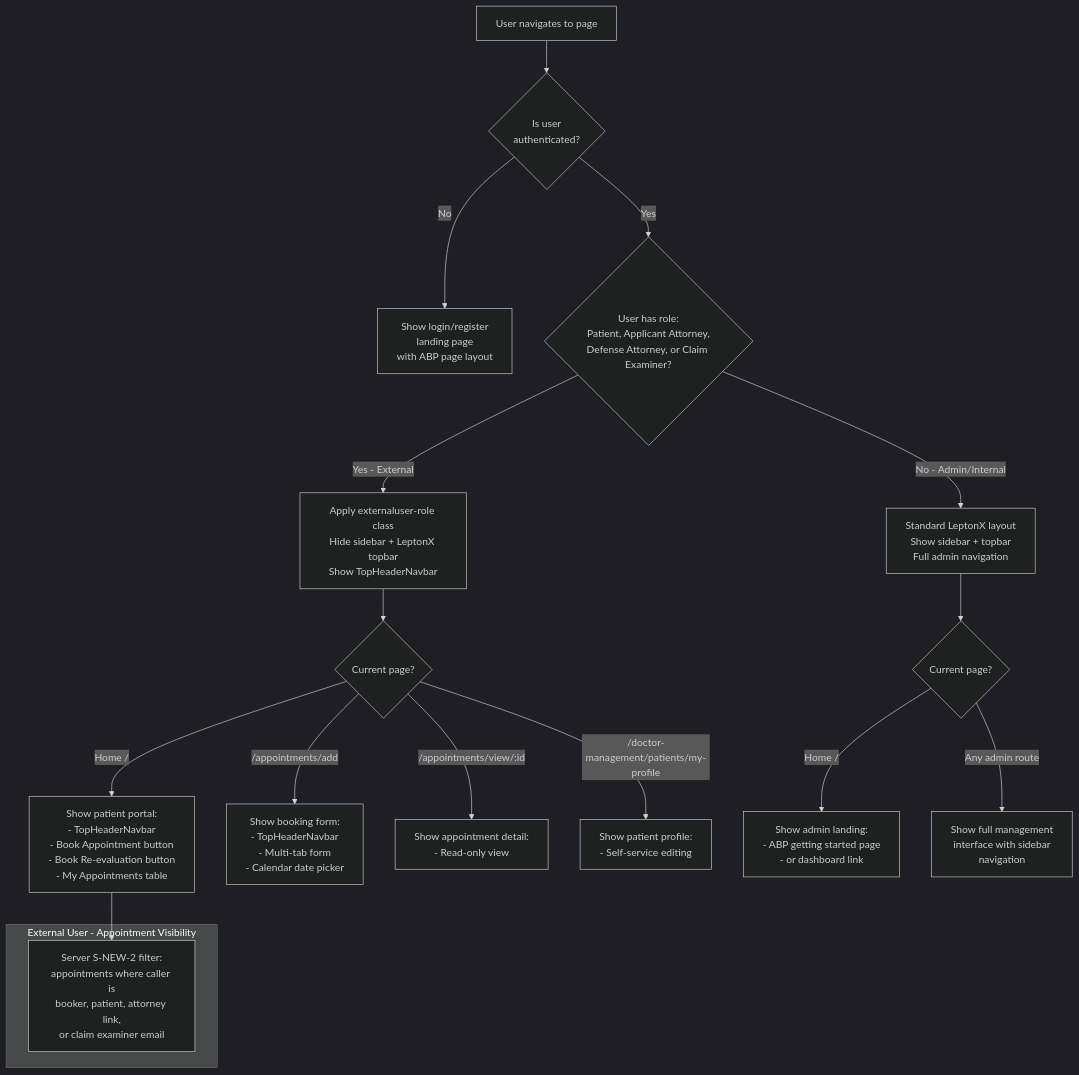
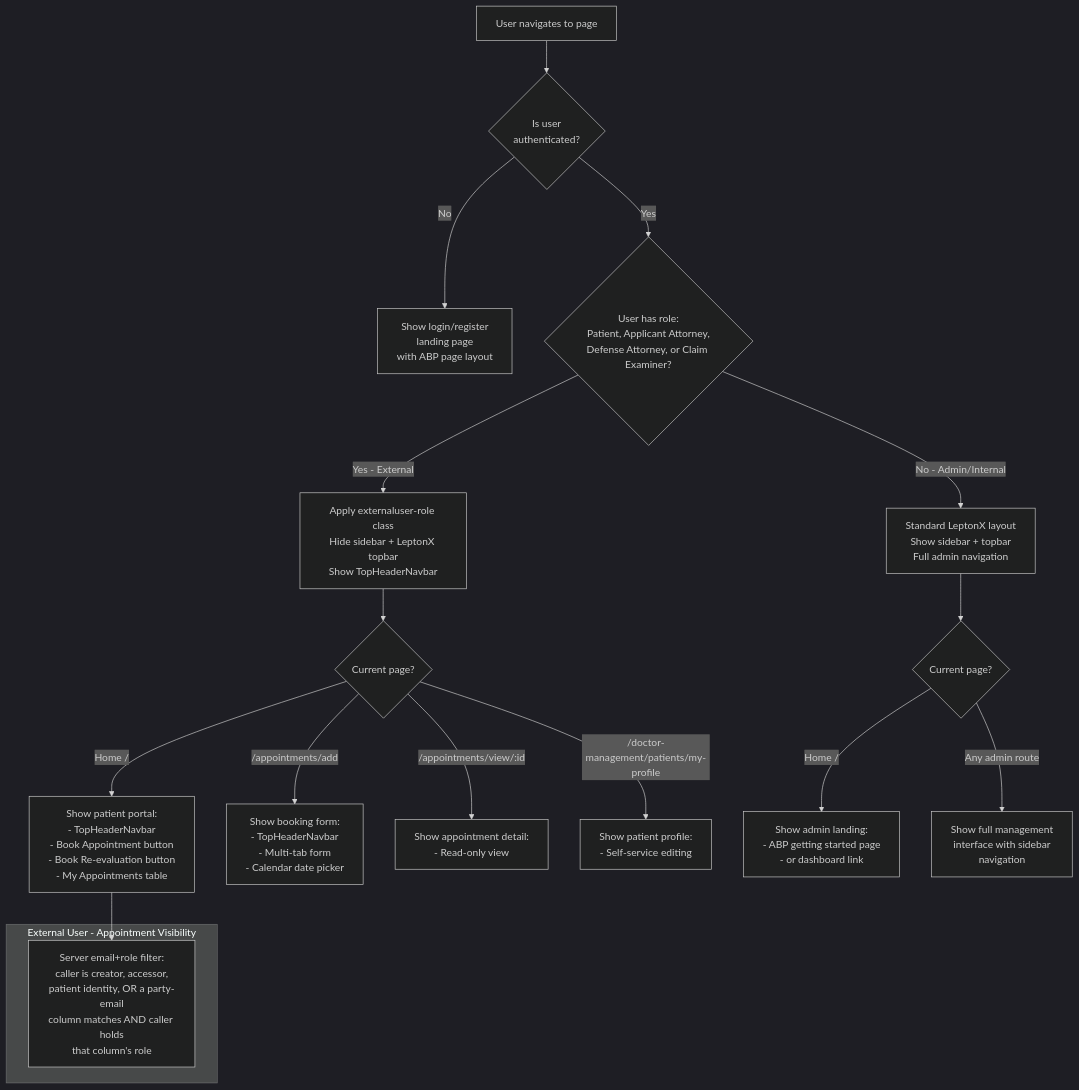
One commit to gesco-healthcare-support/hcs-patient-portal changed the diagram in docs/frontend/ROLE-BASED-UI.md. Above: the diagram before and after it, drawn with Mermaid (dark theme). The commit also changed other lines of this file and 27 other files, not shown here.

````diff
--- a/docs/frontend/ROLE-BASED-UI.md
+++ b/docs/frontend/ROLE-BASED-UI.md
@@ -138,24 +138,24 @@
 ```mermaid
 flowchart TD
     START[User navigates to page] --> AUTH{Is user<br/>authenticated?}
     AUTH -->|No| UNAUTH[Show login/register<br/>landing page<br/>with ABP page layout]
     AUTH -->|Yes| ROLE{User has role:<br/>Patient, Applicant Attorney,<br/>Defense Attorney, or Claim Examiner?}
     ROLE -->|Yes - External| EXT_SETUP[Apply externaluser-role class<br/>Hide sidebar + LeptonX topbar<br/>Show TopHeaderNavbar]
     ROLE -->|No - Admin/Internal| ADMIN_SETUP[Standard LeptonX layout<br/>Show sidebar + topbar<br/>Full admin navigation]
 
     EXT_SETUP --> EXT_HOME{Current page?}
     EXT_HOME -->|Home /| EXT_HOME_PAGE[Show patient portal:<br/>- TopHeaderNavbar<br/>- Book Appointment button<br/>- Book Re-evaluation button<br/>- My Appointments table]
     EXT_HOME -->|/appointments/add| EXT_BOOK[Show booking form:<br/>- TopHeaderNavbar<br/>- Multi-tab form<br/>- Calendar date picker]
     EXT_HOME -->|/appointments/view/:id| EXT_VIEW[Show appointment detail:<br/>- Read-only view]
     EXT_HOME -->|/doctor-management/patients/my-profile| EXT_PROF[Show patient profile:<br/>- Self-service editing]
 
     ADMIN_SETUP --> ADMIN_HOME{Current page?}
     ADMIN_HOME -->|Home /| ADMIN_LANDING[Show admin landing:<br/>- ABP getting started page<br/>- or dashboard link]
     ADMIN_HOME -->|Any admin route| ADMIN_PAGE[Show full management<br/>interface with sidebar<br/>navigation]
 
     subgraph "External User - Appointment Visibility"
-        SRV_FILTER[Server S-NEW-2 filter:<br/>appointments where caller is<br/>booker, patient, attorney link,<br/>or claim examiner email]
+        SRV_FILTER[Server email+role filter:<br/>caller is creator, accessor,<br/>patient identity, OR a party-email<br/>column matches AND caller holds<br/>that column's role]
     end
 
     EXT_HOME_PAGE --> SRV_FILTER
 ```
````
